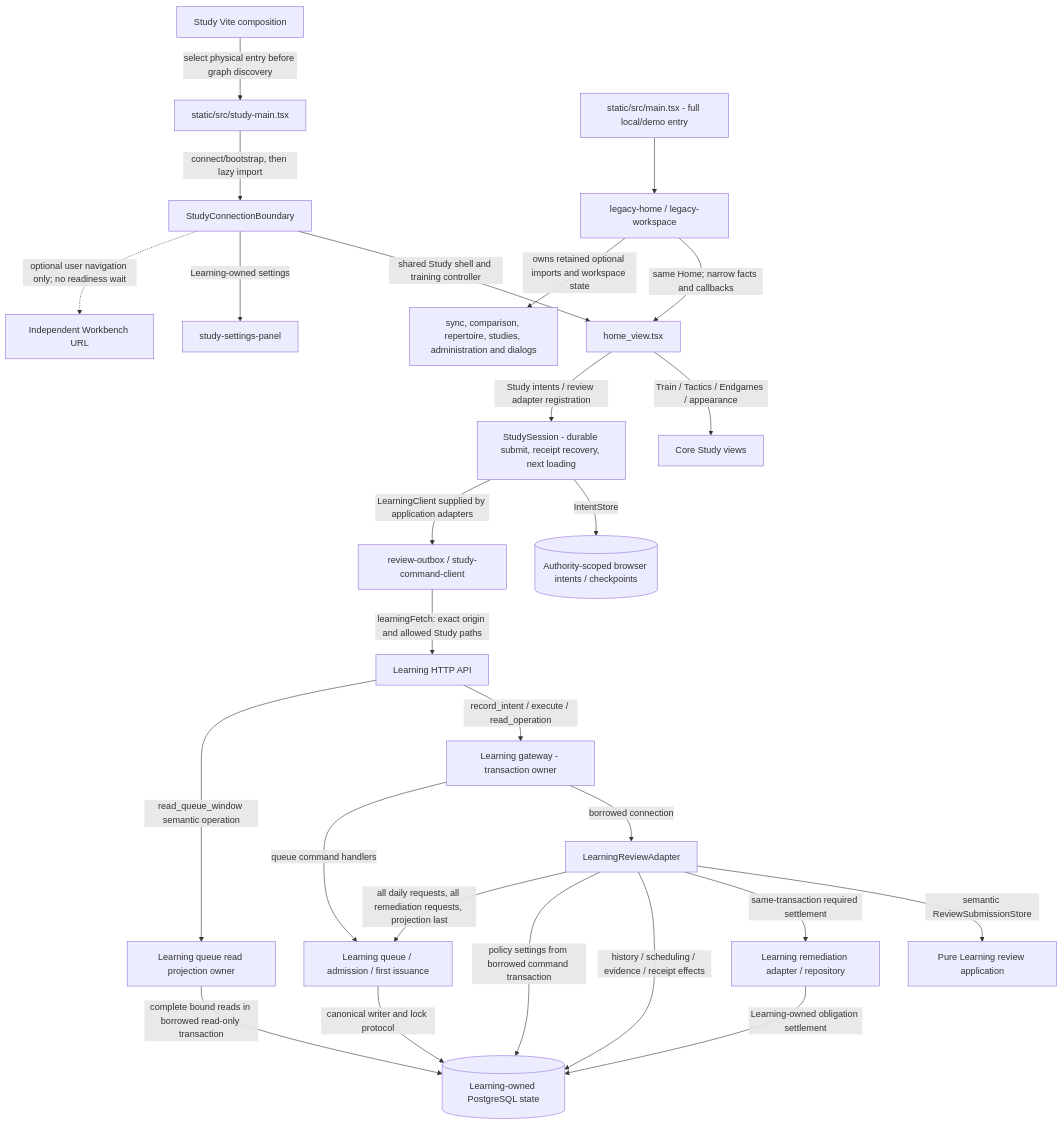
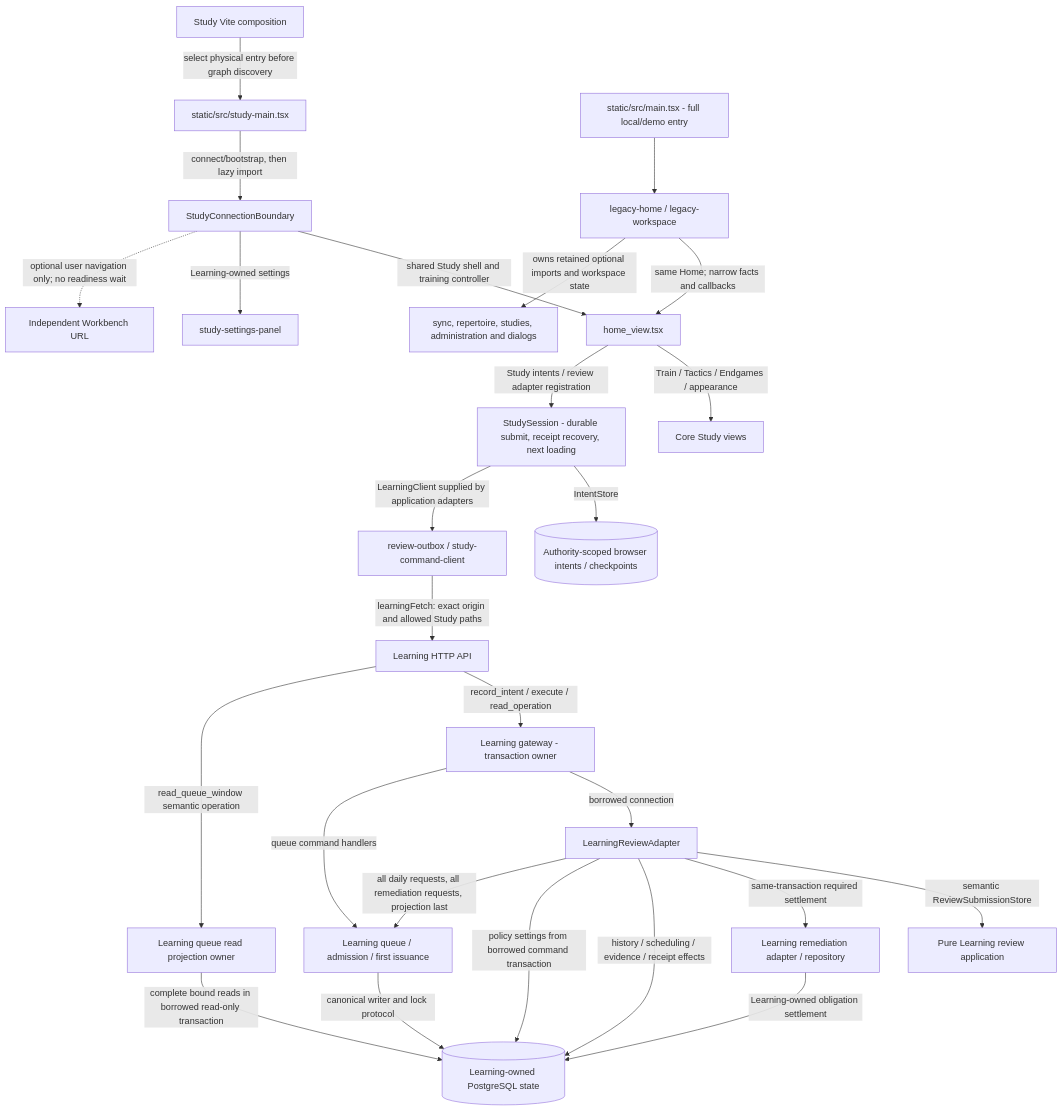
One commit to aaweaver-actuary/tempo changed the first of 2 diagrams in app/README.md. Above: the diagram before and after it, drawn with Mermaid. The commit also changed other lines of this file and 4 other files, not shown here.

````diff
--- a/app/README.md
+++ b/app/README.md
@@ -28,28 +28,28 @@
 ```mermaid
 flowchart TB
   Build["Study Vite composition"] -->|"select physical entry before graph discovery"| Entry["static/src/study-main.tsx"]
   Entry -->|"connect/bootstrap, then lazy import"| Boundary["StudyConnectionBoundary"]
   Boundary -->|"shared Study shell and training controller"| Home["home_view.tsx"]
   Home -->|"Train / Tactics / Endgames / appearance"| StudyUI["Core Study views"]
   Boundary -->|"Learning-owned settings"| Settings["study-settings-panel"]
   Home -->|"Study intents / review adapter registration"| Session["StudySession - durable submit, receipt recovery, next loading"]
   Session -->|"IntentStore"| Browser[("Authority-scoped browser intents / checkpoints")]
   Session -->|"LearningClient supplied by application adapters"| Adapter["review-outbox / study-command-client"]
   Adapter -->|"learningFetch: exact origin and allowed Study paths"| HTTP["Learning HTTP API"]
   HTTP -->|"record_intent / execute / read_operation"| Gateway["Learning gateway - transaction owner"]
   Gateway -->|"borrowed connection"| Review["LearningReviewAdapter"]
   Review -->|"semantic ReviewSubmissionStore"| App["Pure Learning review application"]
   Gateway -->|"queue command handlers"| Queue["Learning queue / admission / first issuance"]
   Review -->|"same-transaction required settlement"| Remediation["Learning remediation adapter / repository"]
   Review -->|"history / scheduling / evidence / receipt effects"| DB[("Learning-owned PostgreSQL state")]
   HTTP -->|"read_queue_window semantic operation"| Projection["Learning queue read projection owner"]
   Projection -->|"complete bound reads in borrowed read-only transaction"| DB
   Review -->|"policy settings from borrowed command transaction"| DB
   Review -->|"all daily requests, all remediation requests, projection last"| Queue
   Queue -->|"canonical writer and lock protocol"| DB
   Remediation -->|"Learning-owned obligation settlement"| DB
   Full["static/src/main.tsx - full local/demo entry"] --> Legacy["legacy-home / legacy-workspace"]
   Legacy -->|"same Home; narrow facts and callbacks"| Home
-  Legacy -->|"owns retained optional imports and workspace state"| Optional["sync, comparison, repertoire, studies, administration and dialogs"]
+  Legacy -->|"owns retained optional imports and workspace state"| Optional["sync, repertoire, studies, administration and dialogs"]
   Boundary -.->|"optional user navigation only; no readiness wait"| WB["Independent Workbench URL"]
 ```
````
